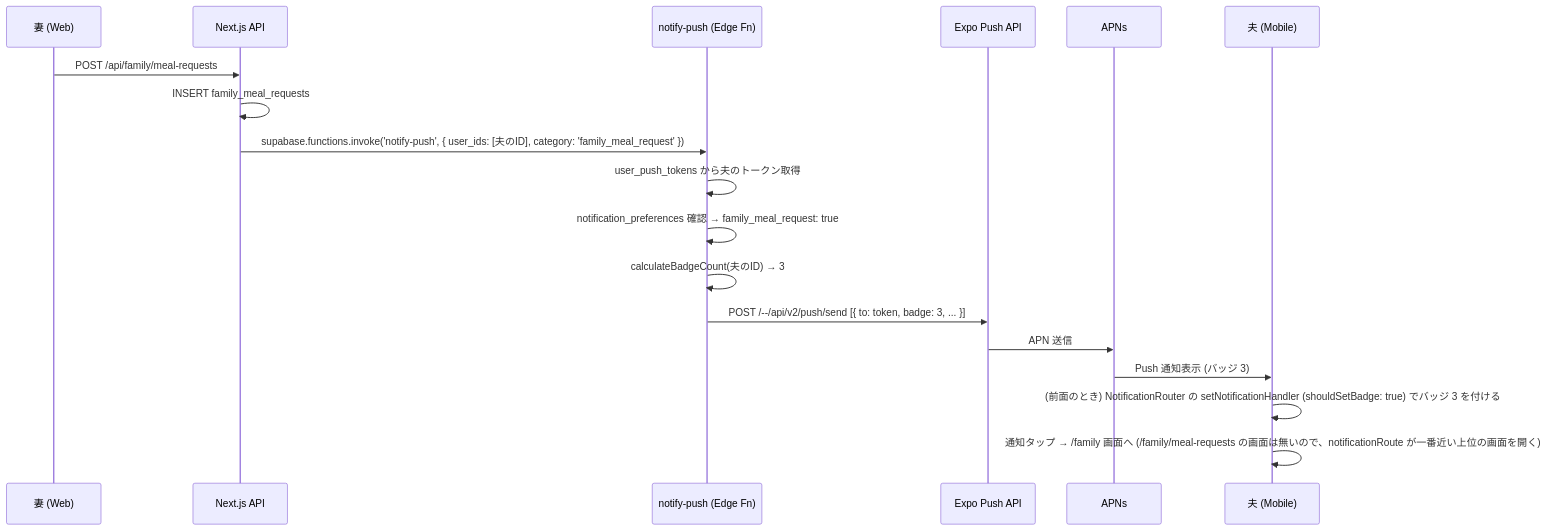
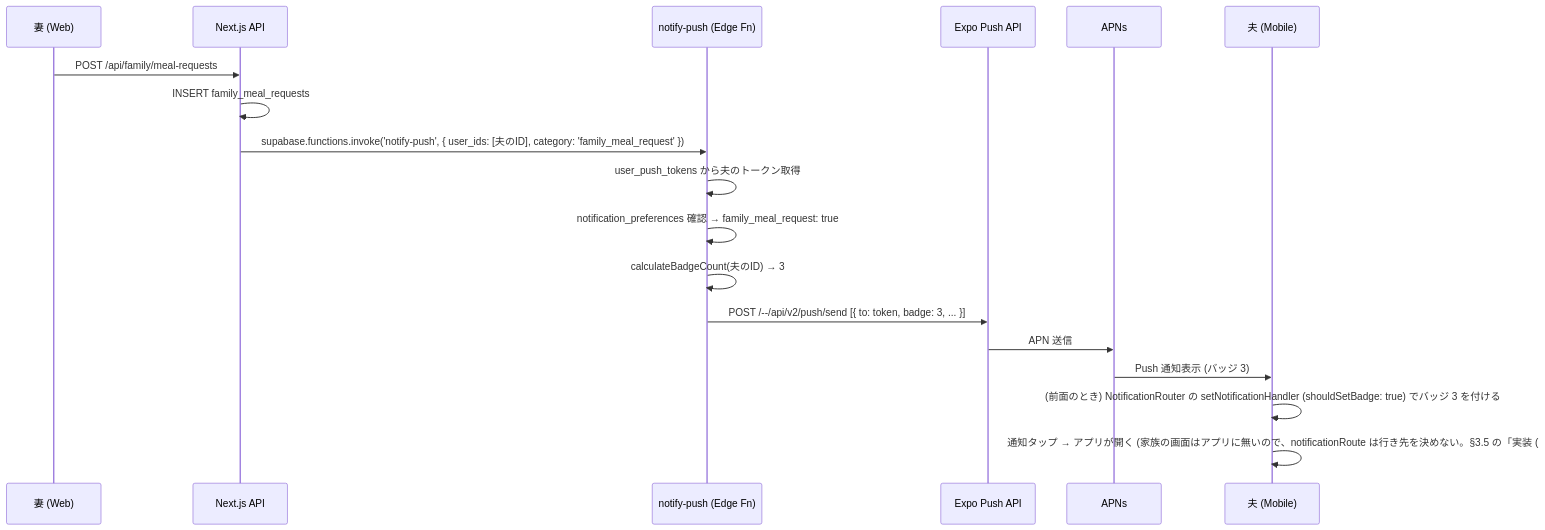
Before and after one commit to DaisukeHori/homegohan-app: the first of 2 diagrams in docs/design/mobile/03-push-notification.md, drawn with Mermaid. The commit also changed other lines of this file and 2 other files, not shown here.

````diff
--- a/docs/design/mobile/03-push-notification.md
+++ b/docs/design/mobile/03-push-notification.md
@@ -391,21 +394,21 @@
 ```mermaid
 sequenceDiagram
   participant Wife as 妻 (Web)
   participant API as Next.js API
   participant Edge as notify-push (Edge Fn)
   participant Expo as Expo Push API
   participant APNs as APNs
   participant Husband as 夫 (Mobile)
 
   Wife->>API: POST /api/family/meal-requests
   API->>API: INSERT family_meal_requests
   API->>Edge: supabase.functions.invoke('notify-push', { user_ids: [夫のID], category: 'family_meal_request' })
   Edge->>Edge: user_push_tokens から夫のトークン取得
   Edge->>Edge: notification_preferences 確認 → family_meal_request: true
   Edge->>Edge: calculateBadgeCount(夫のID) → 3
   Edge->>Expo: POST /--/api/v2/push/send [{ to: token, badge: 3, ... }]
   Expo->>APNs: APN 送信
   APNs->>Husband: Push 通知表示 (バッジ 3)
   Husband->>Husband: (前面のとき) NotificationRouter の setNotificationHandler (shouldSetBadge: true) でバッジ 3 を付ける
-  Husband->>Husband: 通知タップ → /family 画面へ (/family/meal-requests の画面は無いので、notificationRoute が一番近い上位の画面を開く)
+  Husband->>Husband: 通知タップ → アプリが開く (家族の画面はアプリに無いので、notificationRoute は行き先を決めない。§3.5 の「実装 (#1049 F7-11)」の注)
 ```
````
